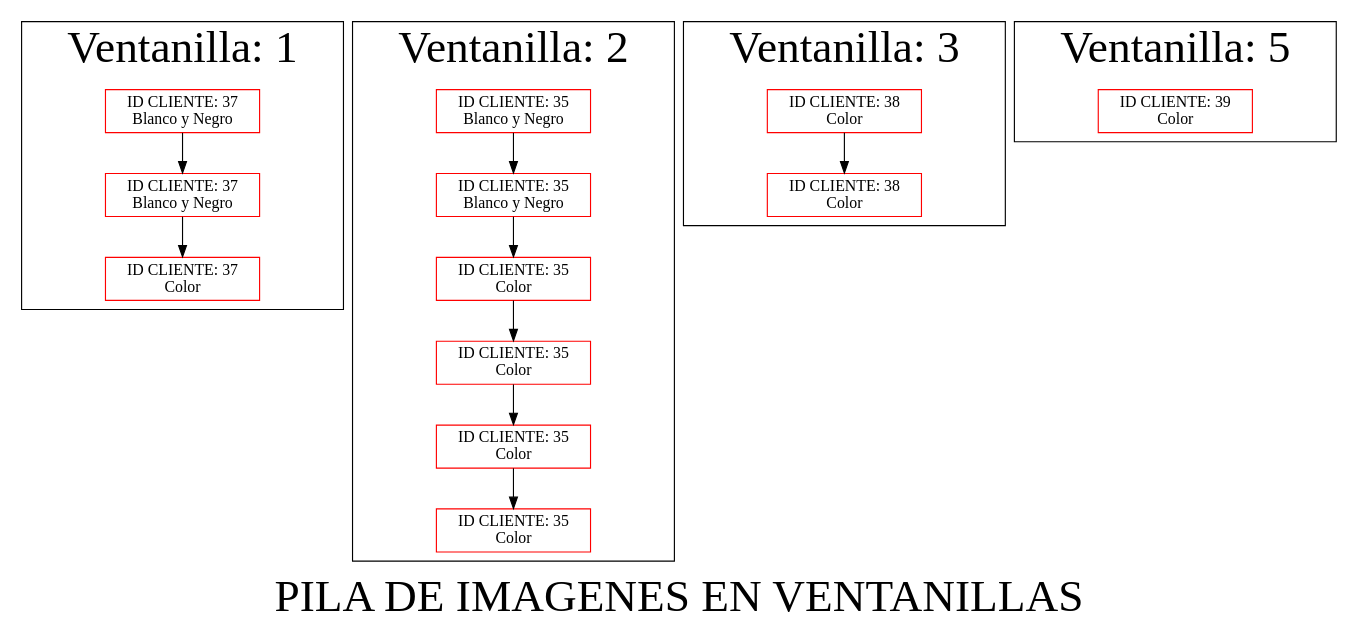
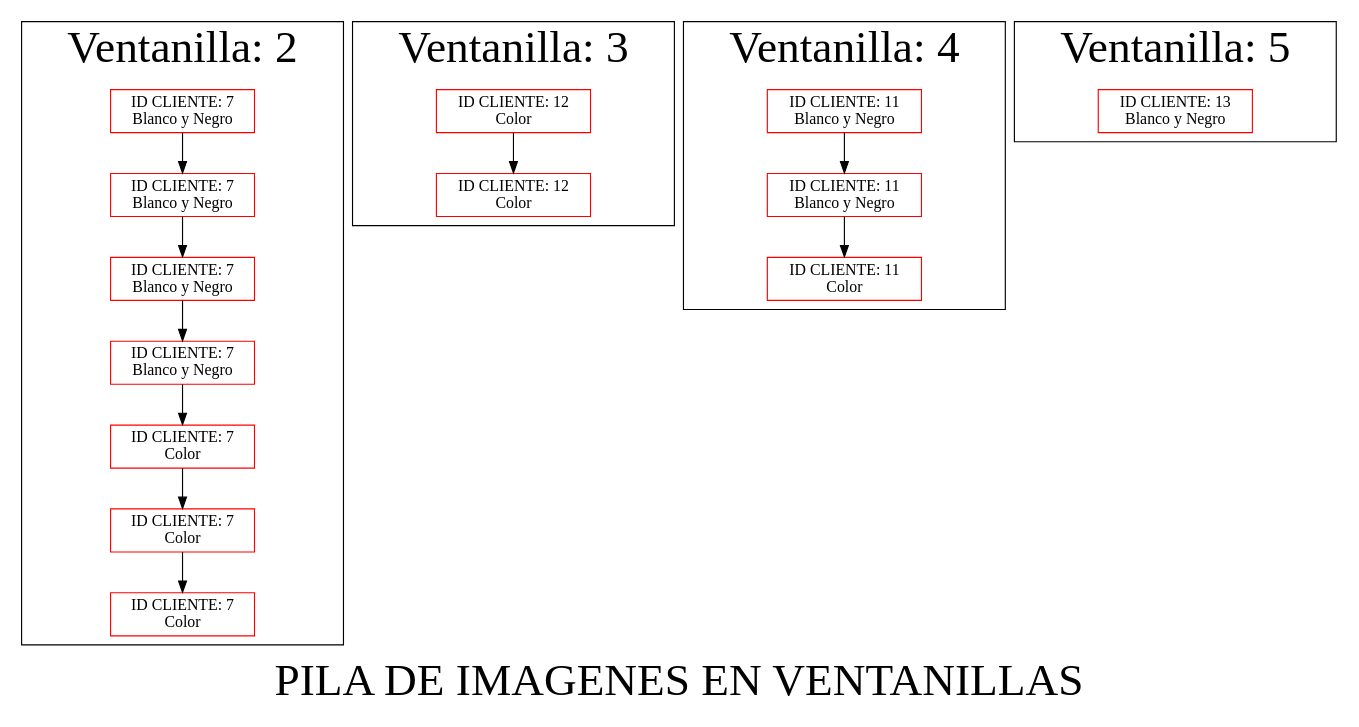
The diagram in pilaimg.dot (hugosmhd/EDD_UDRAWING_202002793), drawn with Graphviz before and after one commit. The commit also changed 29 other files, not shown here.

```diff
--- a/pilaimg.dot
+++ b/pilaimg.dot
@@ -1,47 +1,50 @@
 digraph G { 
 node[shape=box, color=red];
 label="PILA DE IMAGENES EN VENTANILLAS"
 fontsize = 40;
 subgraph cluster_1{ 
 label = " Ventanilla: 1";
-nodo812265671[label=" ID CLIENTE: 37
-Blanco y Negro"]
-nodo648129364[label=" ID CLIENTE: 37
-Blanco y Negro"]
-nodo1494279232[label=" ID CLIENTE: 37
-Color"]
-nodo812265671 -> nodo648129364;
-nodo648129364 -> nodo1494279232;
 }subgraph cluster_2{ 
 label = " Ventanilla: 2";
-nodo193064360[label=" ID CLIENTE: 35
+nodo424058530[label=" ID CLIENTE: 7
 Blanco y Negro"]
-nodo1029991479[label=" ID CLIENTE: 35
+nodo321001045[label=" ID CLIENTE: 7
 Blanco y Negro"]
-nodo1650967483[label=" ID CLIENTE: 35
+nodo791452441[label=" ID CLIENTE: 7
+Blanco y Negro"]
+nodo834600351[label=" ID CLIENTE: 7
+Blanco y Negro"]
+nodo471910020[label=" ID CLIENTE: 7
 Color"]
-nodo1296064247[label=" ID CLIENTE: 35
+nodo531885035[label=" ID CLIENTE: 7
 Color"]
-nodo1637070917[label=" ID CLIENTE: 35
+nodo1418481495[label=" ID CLIENTE: 7
 Color"]
-nodo780237624[label=" ID CLIENTE: 35
-Color"]
-nodo193064360 -> nodo1029991479;
-nodo1029991479 -> nodo1650967483;
-nodo1650967483 -> nodo1296064247;
-nodo1296064247 -> nodo1637070917;
-nodo1637070917 -> nodo780237624;
+nodo424058530 -> nodo321001045;
+nodo321001045 -> nodo791452441;
+nodo791452441 -> nodo834600351;
+nodo834600351 -> nodo471910020;
+nodo471910020 -> nodo531885035;
+nodo531885035 -> nodo1418481495;
 }subgraph cluster_3{ 
 label = " Ventanilla: 3";
-nodo109961541[label=" ID CLIENTE: 38
+nodo303563356[label=" ID CLIENTE: 12
 Color"]
-nodo1104106489[label=" ID CLIENTE: 38
+nodo135721597[label=" ID CLIENTE: 12
 Color"]
-nodo109961541 -> nodo1104106489;
+nodo303563356 -> nodo135721597;
 }subgraph cluster_4{ 
 label = " Ventanilla: 4";
+nodo142257191[label=" ID CLIENTE: 11
+Blanco y Negro"]
+nodo1044036744[label=" ID CLIENTE: 11
+Blanco y Negro"]
+nodo1826771953[label=" ID CLIENTE: 11
+Color"]
+nodo142257191 -> nodo1044036744;
+nodo1044036744 -> nodo1826771953;
 }subgraph cluster_5{ 
 label = " Ventanilla: 5";
-nodo670700378[label=" ID CLIENTE: 39
-Color"]
+nodo1406718218[label=" ID CLIENTE: 13
+Blanco y Negro"]
 }} 
```
